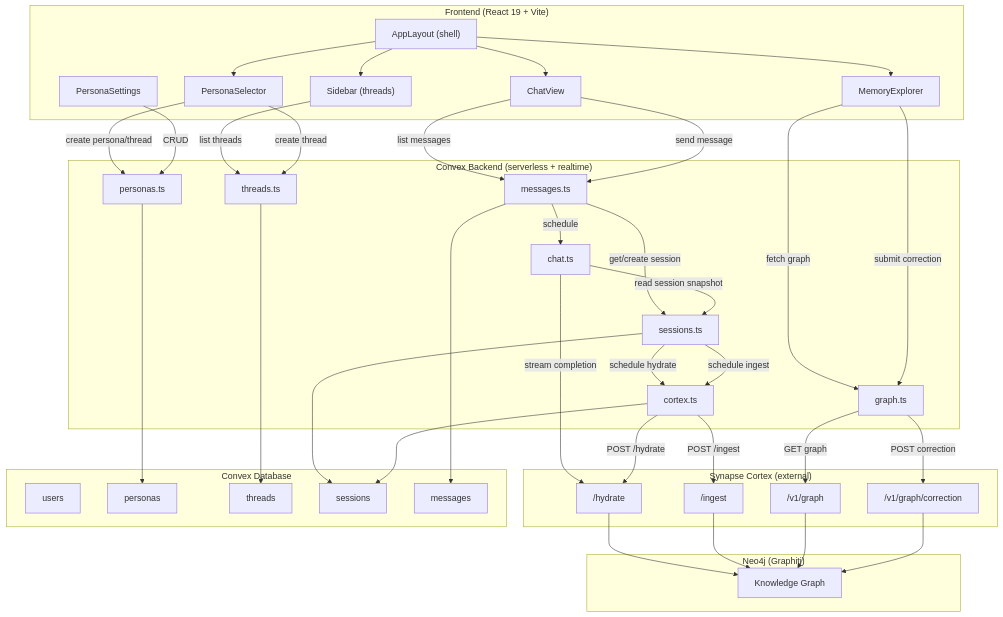
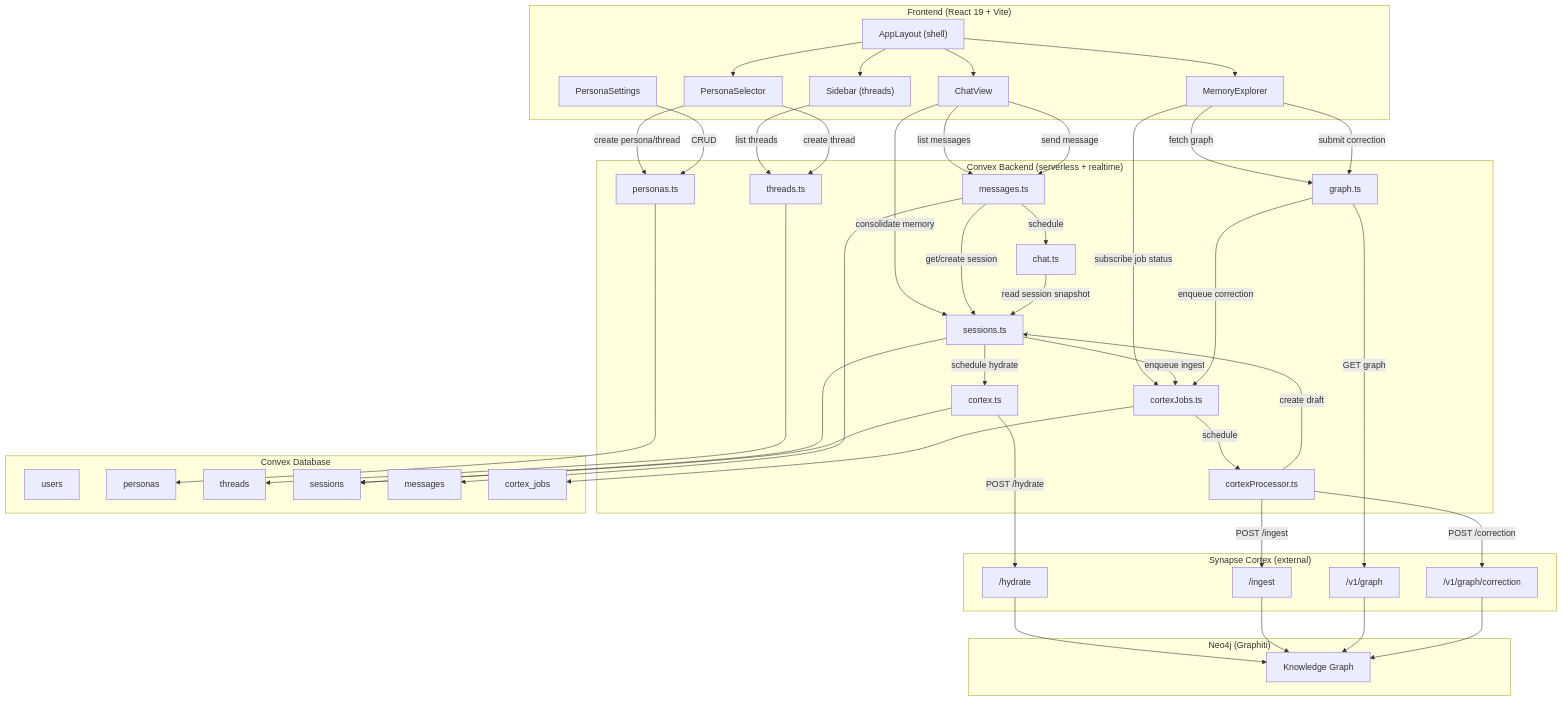
Before and after one commit to juandastic/synapse-chat-ai: the second of 7 diagrams in README.md, drawn with Mermaid. The commit also changed other lines of this file and 16 other files, not shown here.

```diff
--- a/README.md
+++ b/README.md
@@ -88,6 +89,8 @@
         ChatAPI["chat.ts"]
         CortexAPI["cortex.ts"]
         GraphAPI["graph.ts"]
+        CortexJobs["cortexJobs.ts"]
+        CortexProcessor["cortexProcessor.ts"]
     end
 
     subgraph cortex ["Synapse Cortex (external)"]
@@ -103,6 +106,7 @@
         ThreadsTable["threads"]
         SessionsTable["sessions"]
         MessagesTable["messages"]
+        CortexJobsTable["cortex_jobs"]
     end
 
     subgraph neo4j ["Neo4j (Graphiti)"]
@@ -115,29 +119,36 @@
     PersonaSelector -->|"create thread"| ThreadsAPI
     ChatView -->|"list messages"| MessagesAPI
     ChatView -->|"send message"| MessagesAPI
+    ChatView -->|"consolidate memory"| SessionsAPI
     MemoryExplorer -->|"fetch graph"| GraphAPI
     MemoryExplorer -->|"submit correction"| GraphAPI
+    MemoryExplorer -->|"subscribe job status"| CortexJobs
     PersonaSettings -->|"CRUD"| PersonasAPI
 
     %% Backend orchestration
     MessagesAPI -->|"get/create session"| SessionsAPI
     MessagesAPI -->|"schedule"| ChatAPI
     ChatAPI -->|"read session snapshot"| SessionsAPI
-    ChatAPI -->|"stream completion"| HydrateEndpoint
     SessionsAPI -->|"schedule hydrate"| CortexAPI
-    SessionsAPI -->|"schedule ingest"| CortexAPI
+    SessionsAPI -->|"enqueue ingest"| CortexJobs
+    GraphAPI -->|"enqueue correction"| CortexJobs
 
-    %% Cortex integration
+    %% Async job queue
+    CortexJobs -->|"schedule"| CortexProcessor
+    CortexProcessor -->|"POST /ingest"| IngestEndpoint
+    CortexProcessor -->|"POST /correction"| CorrectionEndpoint
+    CortexProcessor -->|"create draft"| SessionsAPI
+
+    %% Direct Cortex calls (fast, no queue needed)
     CortexAPI -->|"POST /hydrate"| HydrateEndpoint
-    CortexAPI -->|"POST /ingest"| IngestEndpoint
     GraphAPI -->|"GET graph"| GraphEndpoint
-    GraphAPI -->|"POST correction"| CorrectionEndpoint
 
     %% Data layer
     PersonasAPI --> PersonasTable
     ThreadsAPI --> ThreadsTable
     SessionsAPI --> SessionsTable
     MessagesAPI --> MessagesTable
+    CortexJobs --> CortexJobsTable
     CortexAPI --> SessionsTable
 
     %% External services
```
